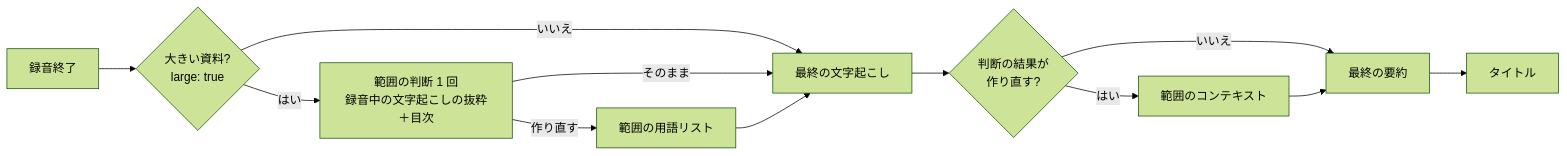
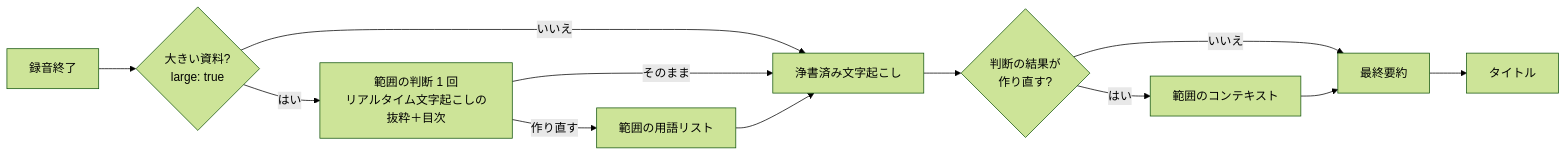
The third of 3 diagrams in docs/spec/flows.md (Studio-Takumi/remote-whisper), drawn with Mermaid (forest theme) before and after one commit. The commit also changed other lines of this file and 6 other files, not shown here.

````diff
--- a/docs/spec/flows.md
+++ b/docs/spec/flows.md
@@ -269,13 +269,13 @@
 ```mermaid
 flowchart LR
   A[録音終了] --> B{大きい資料?<br/>large: true}
   B -- いいえ --> E
-  B -- はい --> C[範囲の判断 1 回<br/>録音中の文字起こしの抜粋＋目次]
+  B -- はい --> C[範囲の判断 1 回<br/>リアルタイム文字起こしの抜粋＋目次]
   C -- 作り直す --> D[範囲の用語リスト]
   C -- そのまま --> E
-  D --> E[最終の文字起こし]
+  D --> E[浄書済み文字起こし]
   E --> F{判断の結果が<br/>作り直す?}
   F -- はい --> G[範囲のコンテキスト]
   F -- いいえ --> H
-  G --> H[最終の要約] --> I[タイトル]
+  G --> H[最終要約] --> I[タイトル]
 ```
````
